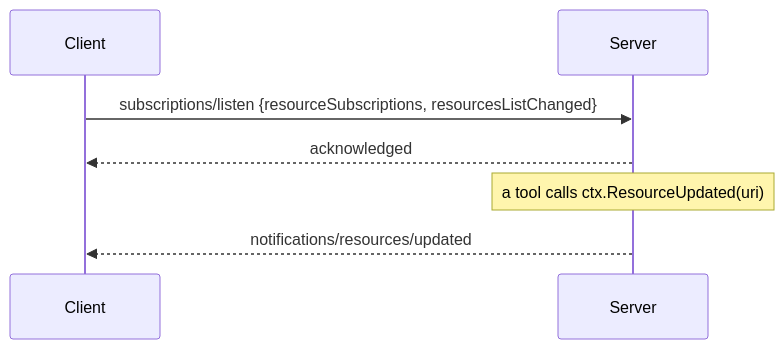
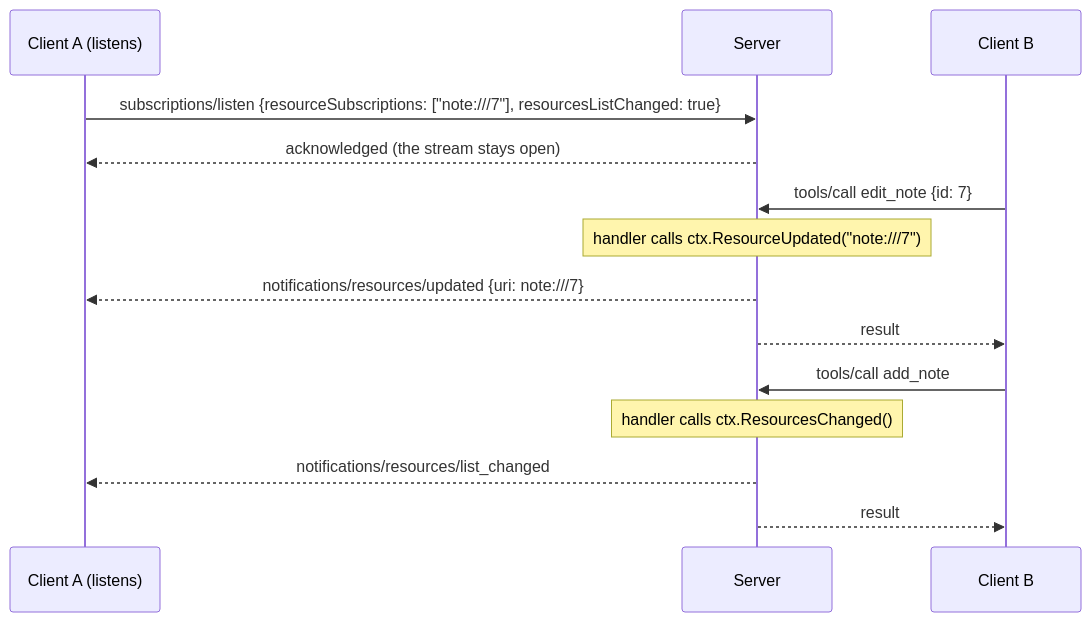
Before and after one commit to StevenCyb/GoMCP: diagram 16 of 19 in README.md, drawn with Mermaid. The commit also changed other lines of this file and 20 other files, not shown here.

````diff
--- a/README.md
+++ b/README.md
@@ -616,9 +891,16 @@
 ```mermaid
 sequenceDiagram
-    participant C as Client
+    participant A as Client A (listens)
     participant S as Server
-    C->>S: subscriptions/listen {resourceSubscriptions, resourcesListChanged}
-    S-->>C: acknowledged
-    Note over S: a tool calls ctx.ResourceUpdated(uri)
-    S-->>C: notifications/resources/updated
+    participant B as Client B
+    A->>S: subscriptions/listen {resourceSubscriptions: ["note:///7"], resourcesListChanged: true}
+    S-->>A: acknowledged (the stream stays open)
+    B->>S: tools/call edit_note {id: 7}
+    Note over S: handler calls ctx.ResourceUpdated("note:///7")
+    S-->>A: notifications/resources/updated {uri: note:///7}
+    S-->>B: result
+    B->>S: tools/call add_note
+    Note over S: handler calls ctx.ResourcesChanged()
+    S-->>A: notifications/resources/list_changed
+    S-->>B: result
 ```
````
